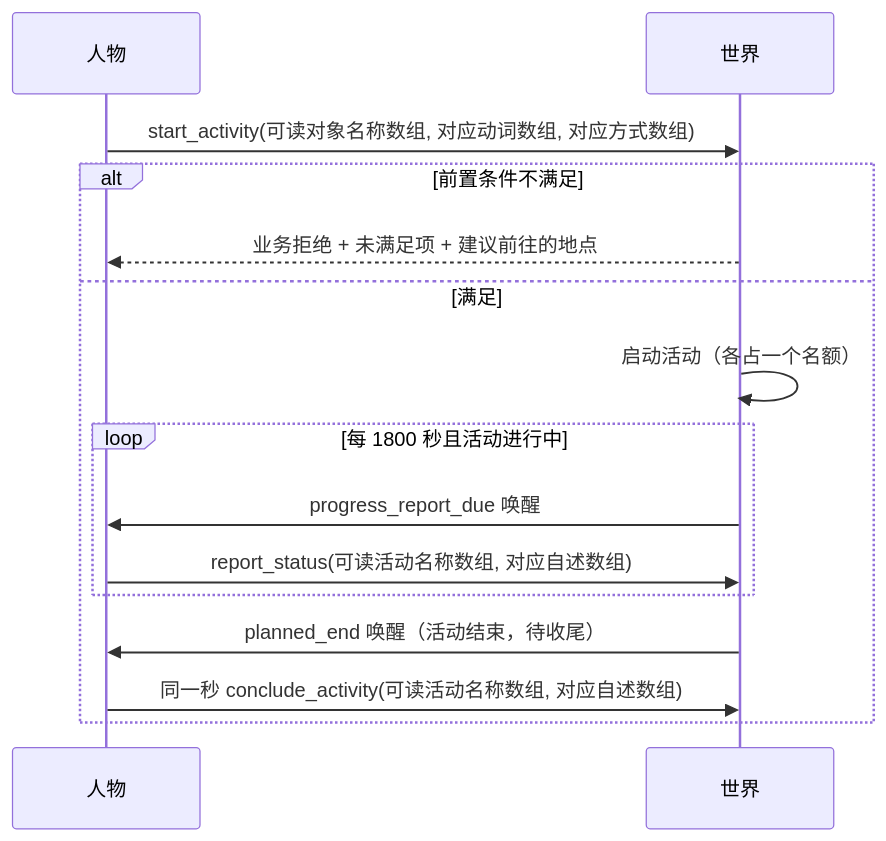
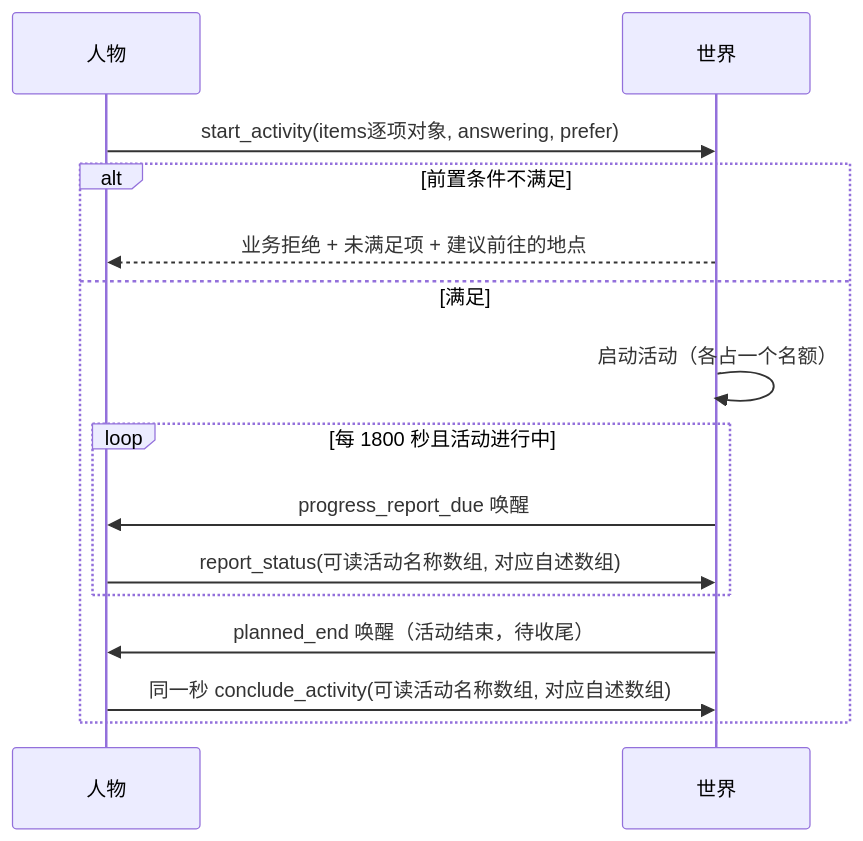
One commit to HoldThatThgt/WorldMock changed the fourth of 5 diagrams in docs/dev/SPEC-agent-interaction.md. Above: the diagram before and after it, drawn with Mermaid. The commit also changed other lines of this file and 266 other files, not shown here.

````diff
--- a/docs/dev/SPEC-agent-interaction.md
+++ b/docs/dev/SPEC-agent-interaction.md
@@ -339,17 +394,17 @@
 ```mermaid
 sequenceDiagram
     participant P as 人物
     participant W as 世界
-    P->>W: start_activity(可读对象名称数组, 对应动词数组, 对应方式数组)
+    P->>W: start_activity(items逐项对象, answering, prefer)
     alt 前置条件不满足
         W-->>P: 业务拒绝 + 未满足项 + 建议前往的地点
     else 满足
         W->>W: 启动活动（各占一个名额）
         loop 每 1800 秒且活动进行中
             W->>P: progress_report_due 唤醒
             P->>W: report_status(可读活动名称数组, 对应自述数组)
         end
         W->>P: planned_end 唤醒（活动结束，待收尾）
         P->>W: 同一秒 conclude_activity(可读活动名称数组, 对应自述数组)
     end
 ```
````
